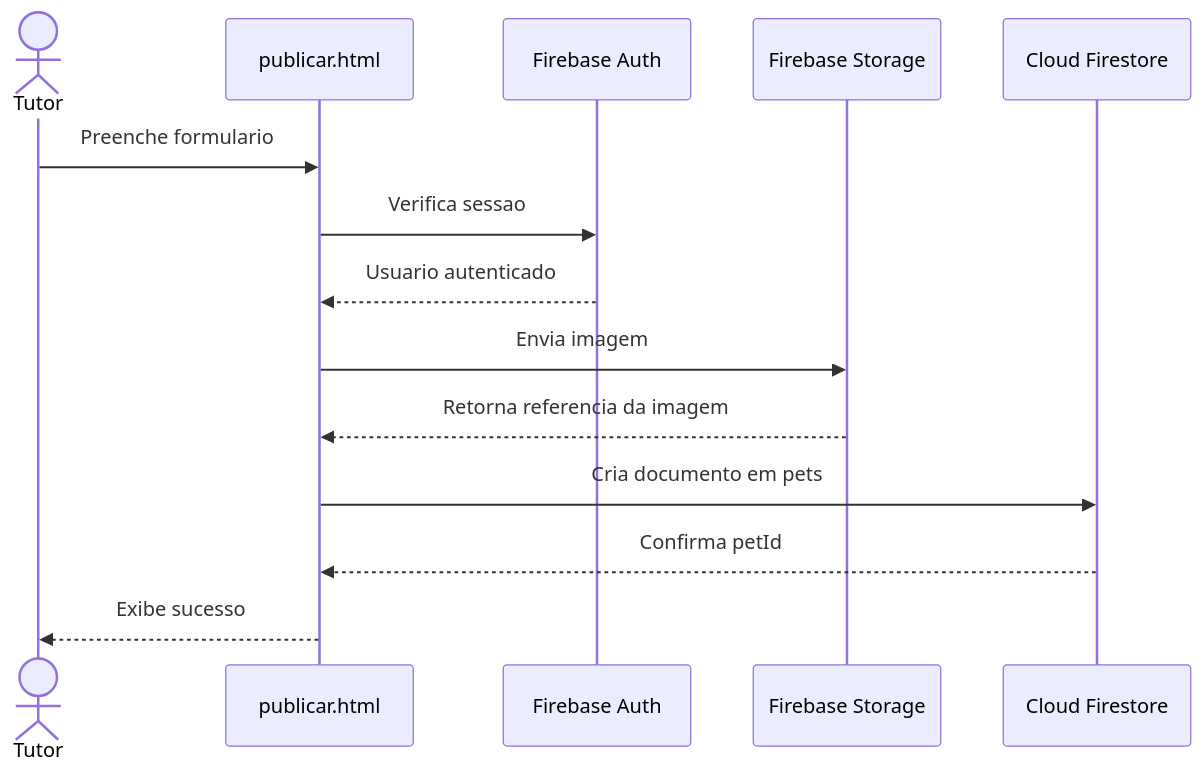
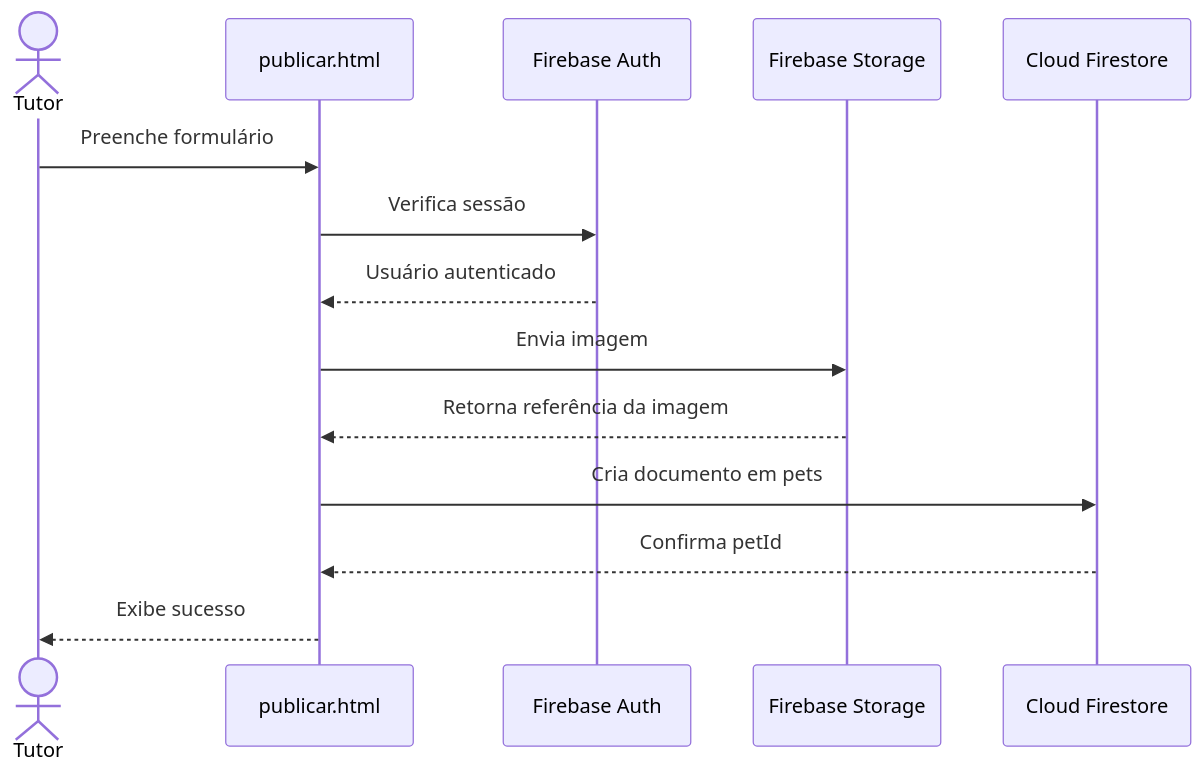
One commit to Reminsonrps/PetConecta changed the fourth of 16 diagrams in docs/modelagem-site.md. Above: the diagram before and after it, drawn with Mermaid. The commit also changed other lines of this file and 3 other files, not shown here.

````diff
--- a/docs/modelagem-site.md
+++ b/docs/modelagem-site.md
@@ -350,17 +350,17 @@
 ```mermaid
 sequenceDiagram
     actor Tutor
     participant Tela as publicar.html
     participant Auth as Firebase Auth
     participant Storage as Firebase Storage
     participant Firestore as Cloud Firestore
 
-    Tutor->>Tela: Preenche formulario
-    Tela->>Auth: Verifica sessao
-    Auth-->>Tela: Usuario autenticado
+    Tutor->>Tela: Preenche formulário
+    Tela->>Auth: Verifica sessão
+    Auth-->>Tela: Usuário autenticado
     Tela->>Storage: Envia imagem
-    Storage-->>Tela: Retorna referencia da imagem
+    Storage-->>Tela: Retorna referência da imagem
     Tela->>Firestore: Cria documento em pets
     Firestore-->>Tela: Confirma petId
     Tela-->>Tutor: Exibe sucesso
 ```
````
